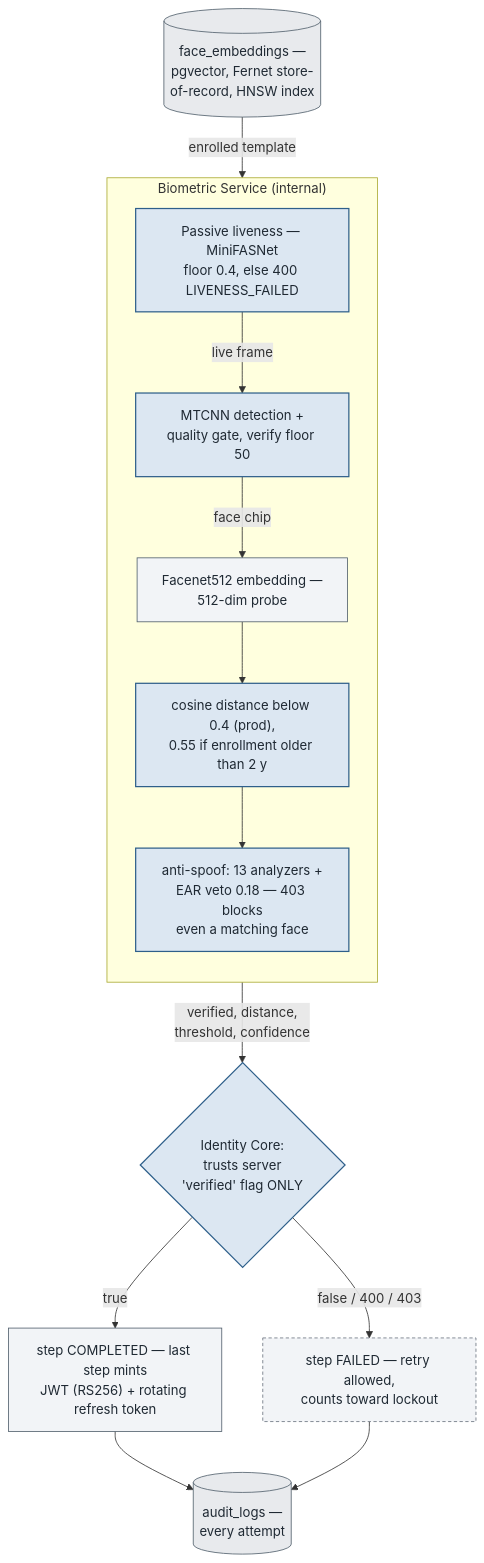
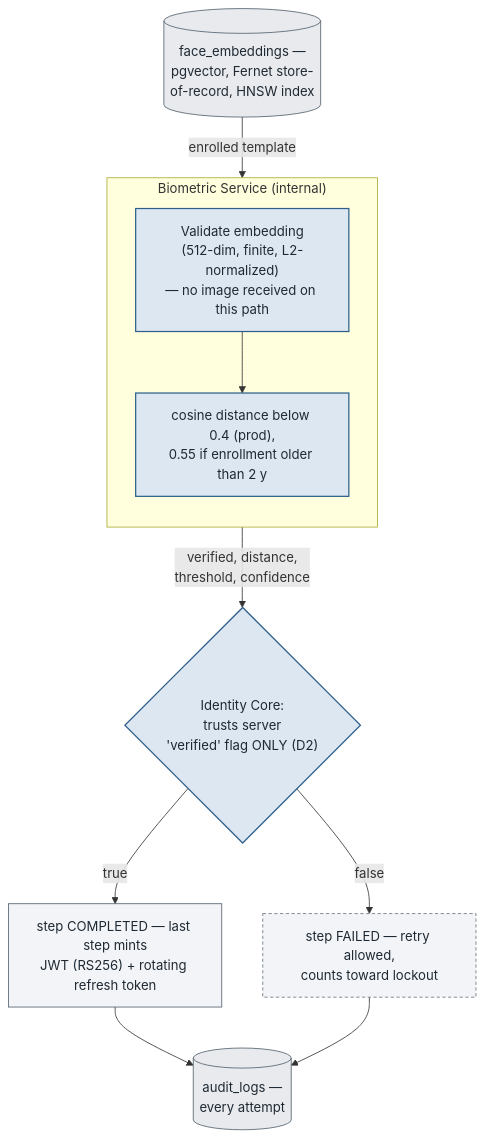
Before and after one commit to Rollingcat-Software/FIVUCSAS: the diagram in Thesis/build/figures/src/dataflow_verification_right.mmd, drawn with Mermaid. The commit also changed 22 other files, not shown here.

```diff
--- a/Thesis/build/figures/src/dataflow_verification_right.mmd
+++ b/Thesis/build/figures/src/dataflow_verification_right.mmd
@@ -1,31 +1,25 @@
 flowchart TB
     classDef store fill:#e8eaed,stroke:#52606d,color:#1f2933
     classDef gate fill:#dce7f2,stroke:#2e5f8a,stroke-width:1.5px,color:#1f2933
     classDef rej fill:#f2f4f7,stroke:#6b7480,stroke-dasharray:4 3,color:#1f2933
     classDef step fill:#f2f4f7,stroke:#52606d,color:#1f2933
 
     subgraph BIOS["Biometric Service (internal)"]
         direction TB
-        B1["Passive liveness — MiniFASNet<br/>floor 0.4, else 400 LIVENESS_FAILED"]:::gate
-        B2["MTCNN detection +<br/>quality gate, verify floor 50"]:::gate
-        B3["Facenet512 embedding —<br/>512-dim probe"]:::step
+        B1["Validate embedding<br/>(512-dim, finite, L2-normalized)<br/>— no image received on this path"]:::gate
         B4["cosine distance below 0.4 (prod),<br/>0.55 if enrollment older than 2 y"]:::gate
-        B5["anti-spoof: 13 analyzers +<br/>EAR veto 0.18 — 403 blocks<br/>even a matching face"]:::gate
-        B1 -->|"live frame"| B2
-        B2 -->|"face chip"| B3
-        B3 --> B4
-        B4 --> B5
+        B1 --> B4
     end
 
     PV[("face_embeddings —<br/>pgvector, Fernet store-<br/>of-record, HNSW index")]:::store
     PV -->|"enrolled template"| B4
 
-    B5 -->|"verified, distance,<br/>threshold, confidence"| D1
+    B4 -->|"verified, distance,<br/>threshold, confidence"| D1
 
-    D1{"Identity Core:<br/>trusts server<br/>'verified' flag ONLY"}:::gate
+    D1{"Identity Core:<br/>trusts server<br/>'verified' flag ONLY (D2)"}:::gate
     D1 -->|"true"| D2["step COMPLETED — last step mints<br/>JWT (RS256) + rotating refresh token"]:::step
-    D1 -->|"false / 400 / 403"| REJ["step FAILED — retry allowed,<br/>counts toward lockout"]:::rej
+    D1 -->|"false"| REJ["step FAILED — retry allowed,<br/>counts toward lockout"]:::rej
 
     AUD[("audit_logs —<br/>every attempt")]:::store
     D2 --> AUD
     REJ --> AUD
```
